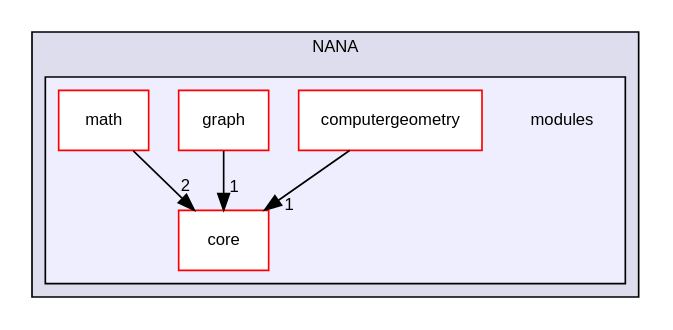
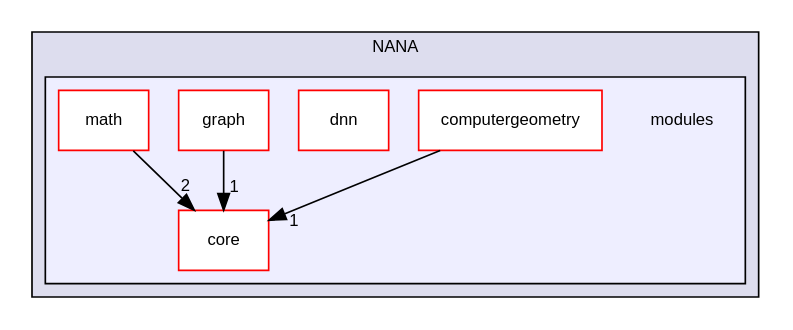
The diagram in docs/dir_6b55659ead8ae8e939b199224b5f3833_dep.dot (YuruTu/NANA), drawn with Graphviz before and after one commit. The commit also changed 99 other files, not shown here.

```diff
--- a/docs/dir_6b55659ead8ae8e939b199224b5f3833_dep.dot
+++ b/docs/dir_6b55659ead8ae8e939b199224b5f3833_dep.dot
@@ -1,19 +1,20 @@
 digraph "NANA/modules" {
   compound=true
   node [ fontsize="10", fontname="Helvetica"];
   edge [ labelfontsize="10", labelfontname="Helvetica"];
   subgraph clusterdir_7c9b6f0367ec74be5e320712e0f90a45 {
     graph [ bgcolor="#ddddee", pencolor="black", label="NANA" fontname="Helvetica", fontsize="10", URL="dir_7c9b6f0367ec74be5e320712e0f90a45.html"]
   subgraph clusterdir_6b55659ead8ae8e939b199224b5f3833 {
     graph [ bgcolor="#eeeeff", pencolor="black", label="" URL="dir_6b55659ead8ae8e939b199224b5f3833.html"];
     dir_6b55659ead8ae8e939b199224b5f3833 [shape=plaintext label="modules"];
   dir_a0034a2e1eb347b72447d7288fcbeb40 [shape=box label="computergeometry" fillcolor="white" style="filled" color="red" URL="dir_a0034a2e1eb347b72447d7288fcbeb40.html"];
   dir_c3e203e05606b384f5fc9d03652c3ac7 [shape=box label="core" fillcolor="white" style="filled" color="red" URL="dir_c3e203e05606b384f5fc9d03652c3ac7.html"];
+  dir_3301d753c8d3b9ca2a0c8cbcfadf8edc [shape=box label="dnn" fillcolor="white" style="filled" color="red" URL="dir_3301d753c8d3b9ca2a0c8cbcfadf8edc.html"];
   dir_33c137a055f180a488eaf5b0b4e3c87c [shape=box label="graph" fillcolor="white" style="filled" color="red" URL="dir_33c137a055f180a488eaf5b0b4e3c87c.html"];
   dir_b4523354886b5a0c83c88c960c3f222a [shape=box label="math" fillcolor="white" style="filled" color="red" URL="dir_b4523354886b5a0c83c88c960c3f222a.html"];
   }
   }
-  dir_33c137a055f180a488eaf5b0b4e3c87c->dir_c3e203e05606b384f5fc9d03652c3ac7 [headlabel="1", labeldistance=1.5 headhref="dir_000010_000006.html"];
+  dir_33c137a055f180a488eaf5b0b4e3c87c->dir_c3e203e05606b384f5fc9d03652c3ac7 [headlabel="1", labeldistance=1.5 headhref="dir_000012_000006.html"];
   dir_a0034a2e1eb347b72447d7288fcbeb40->dir_c3e203e05606b384f5fc9d03652c3ac7 [headlabel="1", labeldistance=1.5 headhref="dir_000002_000006.html"];
-  dir_b4523354886b5a0c83c88c960c3f222a->dir_c3e203e05606b384f5fc9d03652c3ac7 [headlabel="2", labeldistance=1.5 headhref="dir_000013_000006.html"];
+  dir_b4523354886b5a0c83c88c960c3f222a->dir_c3e203e05606b384f5fc9d03652c3ac7 [headlabel="2", labeldistance=1.5 headhref="dir_000015_000006.html"];
 }
```
